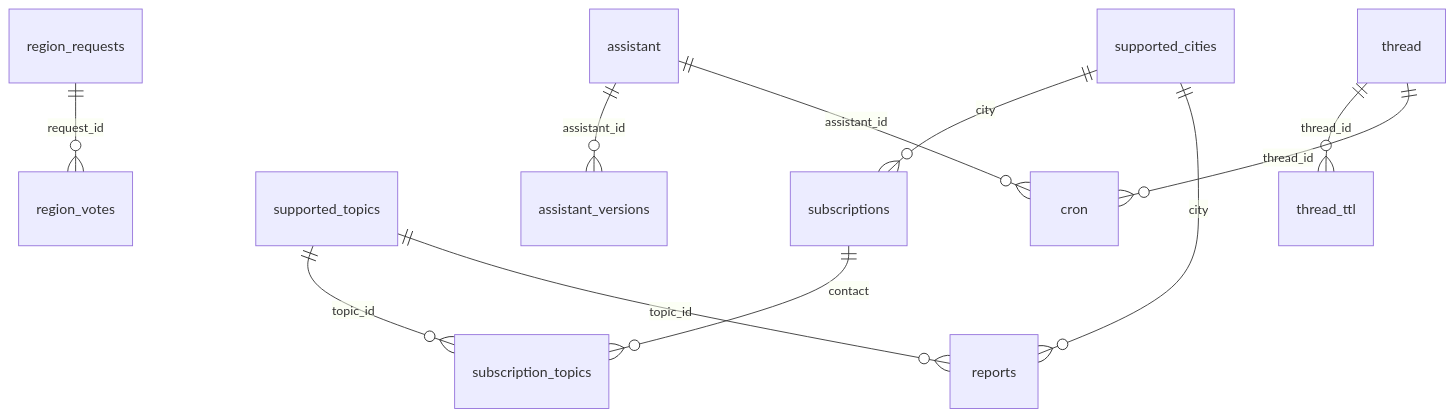
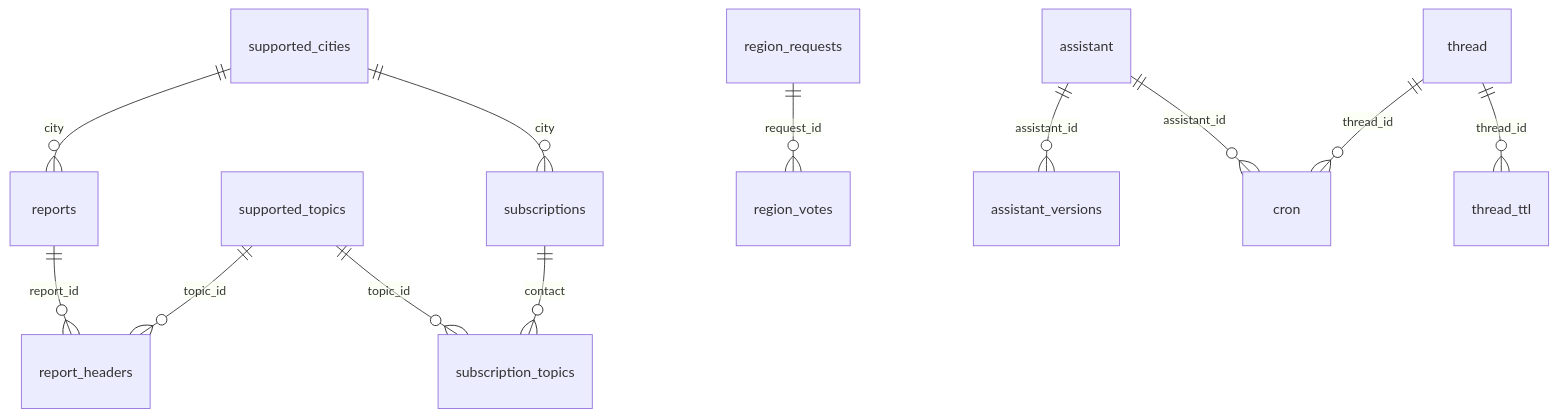
One commit to Next-Voters/Local changed the diagram in docs/DB_INFRASTRUCTURE.md. Above: the diagram before and after it, drawn with Mermaid. The commit also changed other lines of this file and 17 other files, not shown here.

First line of the commit message:
Redesign report storage to hybrid schema and remove report formatter

````diff
--- a/docs/DB_INFRASTRUCTURE.md
+++ b/docs/DB_INFRASTRUCTURE.md
@@ -156,13 +166,14 @@
 ```mermaid
 erDiagram
     supported_cities ||--o{ subscriptions : "city"
     supported_cities ||--o{ reports : "city"
+    reports ||--o{ report_headers : "report_id"
     supported_topics ||--o{ subscription_topics : "topic_id"
-    supported_topics ||--o{ reports : "topic_id"
+    supported_topics ||--o{ report_headers : "topic_id"
     subscriptions ||--o{ subscription_topics : "contact"
     region_requests ||--o{ region_votes : "request_id"
     assistant ||--o{ assistant_versions : "assistant_id"
     assistant ||--o{ cron : "assistant_id"
     thread ||--o{ thread_ttl : "thread_id"
     thread ||--o{ cron : "thread_id"
 ```
````
